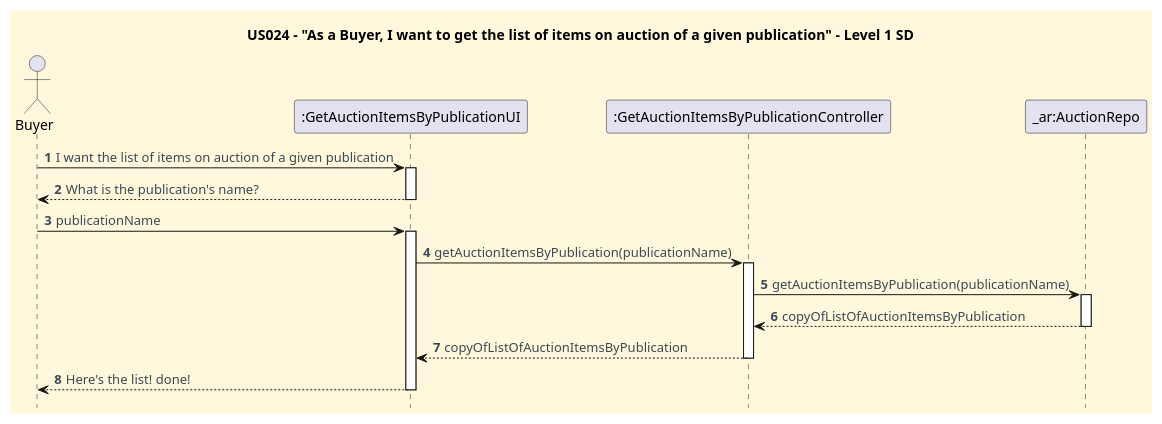
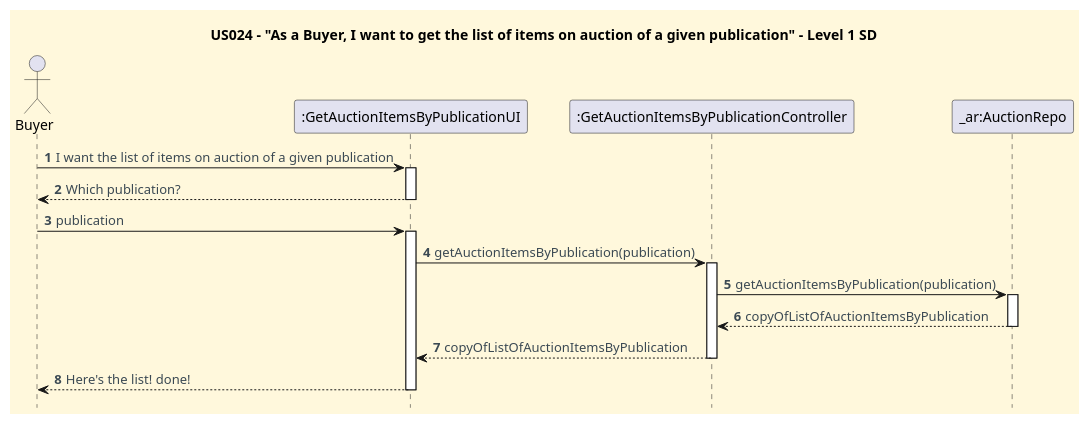
One commit to CarolinaLeite-collab/JavaMarketplacePlatform changed the diagram in docs/userStories/US024/US024_get_list_of_items_on_auction_of_given_publication_SD.puml. Above: the diagram before and after it, drawn with PlantUML. The commit also changed 2 other files, not shown here.

```diff
--- a/docs/userStories/US024/US024_get_list_of_items_on_auction_of_given_publication_SD.puml
+++ b/docs/userStories/US024/US024_get_list_of_items_on_auction_of_given_publication_SD.puml
@@ -1,43 +1,43 @@
 @startuml
 title US024 - "As a Buyer, I want to get the list of items on auction of a given publication" - Level 1 SD
 hidefootbox
 
 skinparam shadowing false
 skinparam defaultFontName Futura
 skinparam objectFontSize 20
 skinparam backgroundColor CornSilk
 skinparam objectBackgroundColor WhiteSmoke
 skinparam ArrowFontColor #3B4953
 
 autonumber
 autoactivate off
 
 actor Buyer
 participant ":GetAuctionItemsByPublicationUI" as UI
 participant ":GetAuctionItemsByPublicationController" as CTL
 participant "_ar:AuctionRepo" as AR
 
 Buyer -> UI: I want the list of items on auction of a given publication
 activate UI
-UI --> Buyer: What is the publication's name?
+UI --> Buyer: Which publication?
 deactivate UI
-Buyer -> UI: publicationName
+Buyer -> UI: publication
 activate UI
 
 
-UI -> CTL: getAuctionItemsByPublication(publicationName)
+UI -> CTL: getAuctionItemsByPublication(publication)
 activate CTL
 
-CTL -> AR: getAuctionItemsByPublication(publicationName)
+CTL -> AR: getAuctionItemsByPublication(publication)
 activate AR
 
 AR --> CTL: copyOfListOfAuctionItemsByPublication
 deactivate AR
 
 CTL --> UI: copyOfListOfAuctionItemsByPublication
 deactivate CTL
 
 UI --> Buyer: Here's the list! done!
 deactivate UI
 
 @enduml
```
